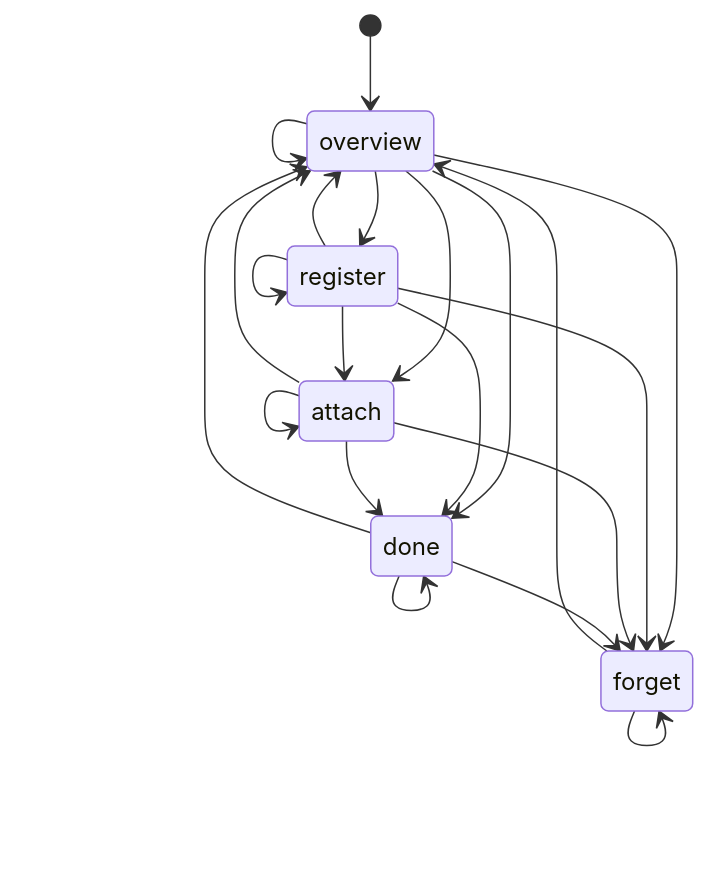
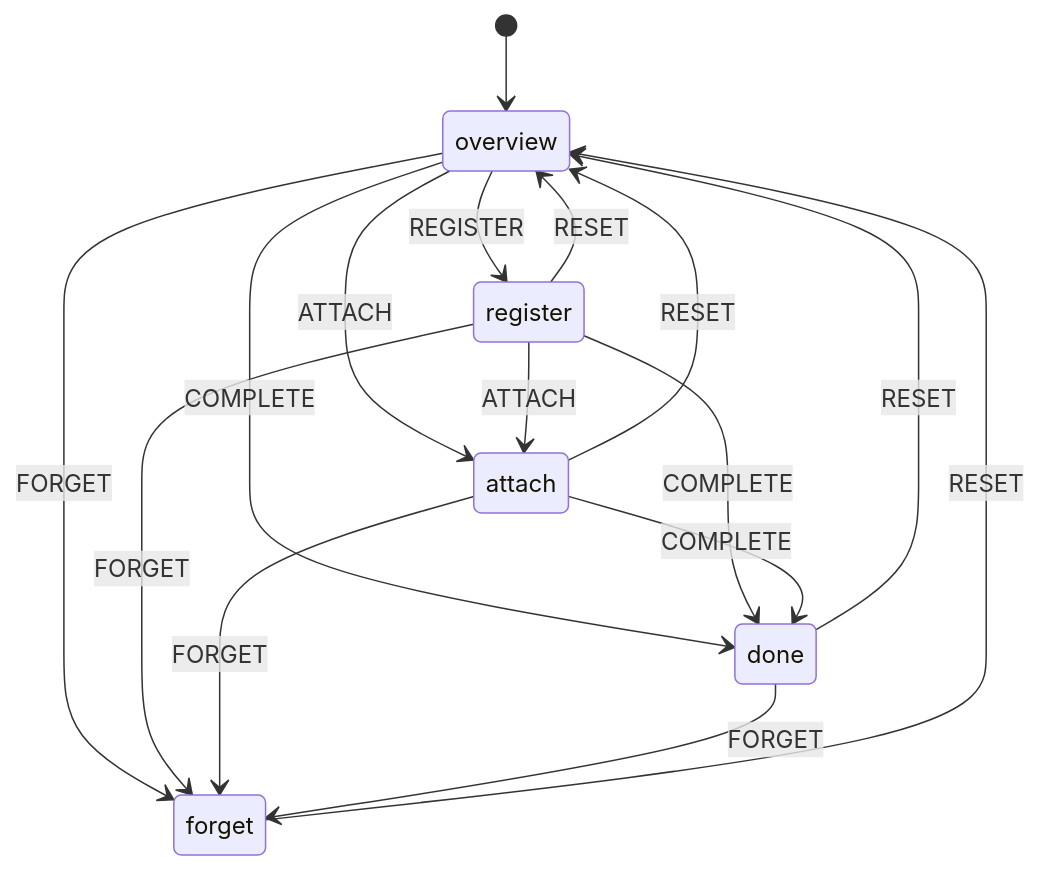
Before and after one commit to kody-hq/kody: diagram 38 of 52 in docs/contributing/state-machines.md, drawn with Mermaid. The commit also changed other lines of this file and 78 other files, not shown here.

Commit message:
refactor: drive UI flows with XState actors

````diff
--- a/docs/contributing/state-machines.md
+++ b/docs/contributing/state-machines.md
@@ -1246,23 +1300,18 @@
 ```mermaid
 stateDiagram-v2
     [*] --> overview
-    overview --> overview
-    overview --> register
-    overview --> attach
-    overview --> done
-    overview --> forget
-    register --> register
-    register --> overview
-    register --> attach
-    register --> done
-    register --> forget
-    attach --> attach
-    attach --> overview
-    attach --> done
-    attach --> forget
-    done --> done
-    done --> overview
-    done --> forget
-    forget --> forget
-    forget --> overview
+    overview --> register: REGISTER
+    overview --> attach: ATTACH
+    overview --> done: COMPLETE
+    overview --> forget: FORGET
+    register --> attach: ATTACH
+    register --> done: COMPLETE
+    register --> forget: FORGET
+    register --> overview: RESET
+    attach --> done: COMPLETE
+    attach --> forget: FORGET
+    attach --> overview: RESET
+    done --> forget: FORGET
+    done --> overview: RESET
+    forget --> overview: RESET
 ```
````
